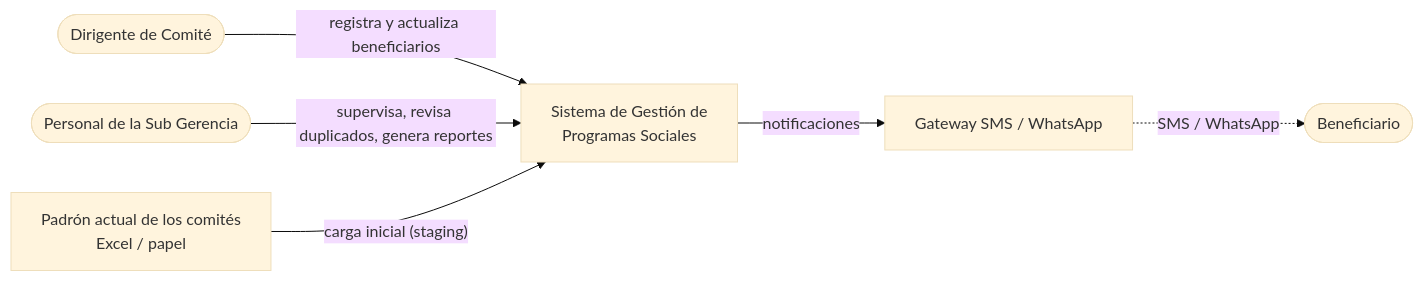
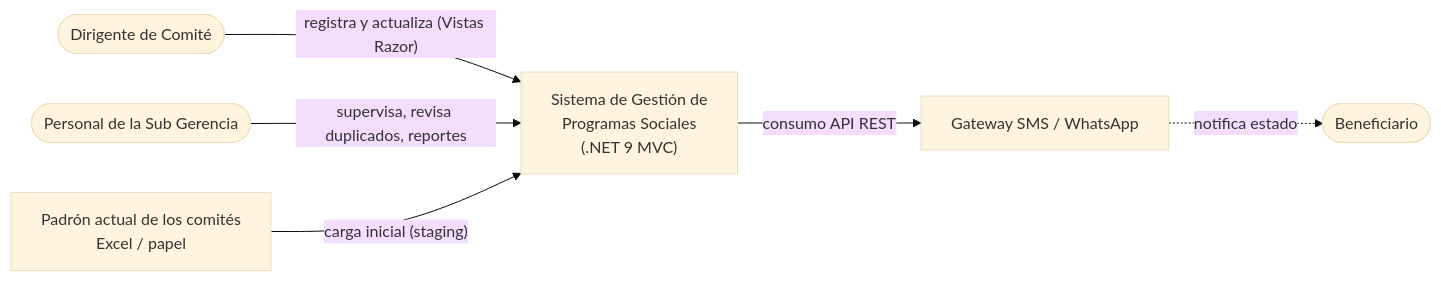
The second of 2 diagrams in arquitectura/arquitectura-inicial.md (Yey-Cardenas/ProgramasSociales-arquitSoft), drawn with Mermaid (base theme) before and after one commit. The commit also changed other lines of this file and 2 other files, not shown here.

Commit message:
docs: definir arquitectura MVC y Unit of Work en los documentos de diseño

````diff
--- a/arquitectura/arquitectura-inicial.md
+++ b/arquitectura/arquitectura-inicial.md
@@ -88,9 +81,9 @@
 ```mermaid
 flowchart LR
-    Dirigente(["Dirigente de Comité"]) -->|"registra y actualiza beneficiarios"| SGPS
-    Sub(["Personal de la Sub Gerencia"]) -->|"supervisa, revisa duplicados, genera reportes"| SGPS
-    SGPS["Sistema de Gestión de<br/>Programas Sociales"]
-    SGPS -->|"notificaciones"| GW["Gateway SMS / WhatsApp"]
-    GW -.->|"SMS / WhatsApp"| Benef(["Beneficiario"])
+    Dirigente(["Dirigente de Comité"]) -->|"registra y actualiza (Vistas Razor)"| SGPS
+    Sub(["Personal de la Sub Gerencia"]) -->|"supervisa, revisa duplicados, reportes"| SGPS
+    SGPS["Sistema de Gestión de<br/>Programas Sociales<br/>(.NET 9 MVC)"]
+    SGPS -->|"consumo API REST"| GW["Gateway SMS / WhatsApp"]
+    GW -.->|"notifica estado"| Benef(["Beneficiario"])
     Excel["Padrón actual de los comités<br/>Excel / papel"] -->|"carga inicial (staging)"| SGPS
 ```
````
